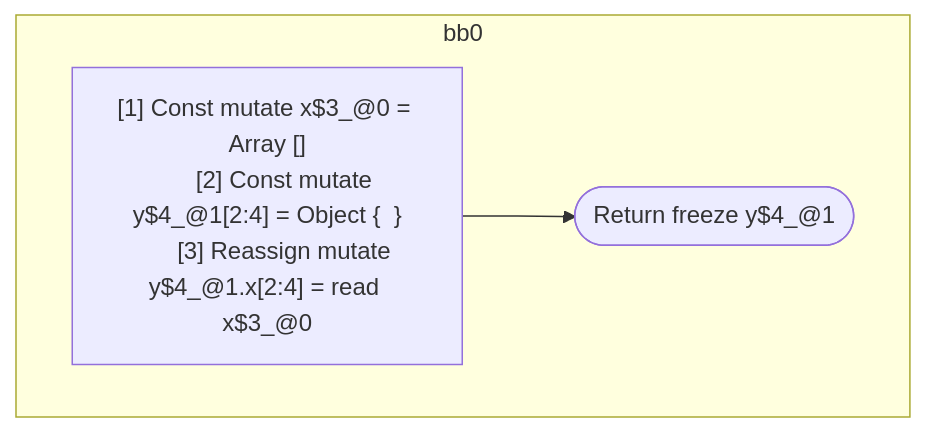
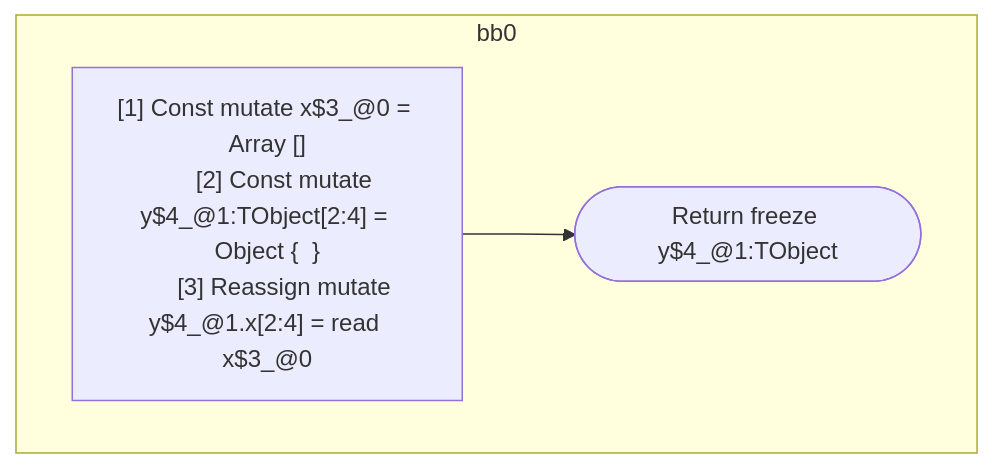
One commit to wutsmog/private changed the diagram in compiler/forget/src/__tests__/fixtures/hir/ssa-property.expect.md. Above: the diagram before and after it, drawn with Mermaid. The commit also changed other lines of this file and 112 other files, not shown here.

````diff
--- a/compiler/forget/src/__tests__/fixtures/hir/ssa-property.expect.md
+++ b/compiler/forget/src/__tests__/fixtures/hir/ssa-property.expect.md
@@ -45,15 +45,15 @@
 ```mermaid
 flowchart TB
   %% Basic Blocks
   subgraph bb0
     bb0_instrs["
       [1] Const mutate x$3_@0 = Array []
-      [2] Const mutate y$4_@1[2:4] = Object {  }
+      [2] Const mutate y$4_@1:TObject[2:4] = Object {  }
       [3] Reassign mutate y$4_@1.x[2:4] = read x$3_@0
     "]
-    bb0_instrs --> bb0_terminal(["Return freeze y$4_@1"])
+    bb0_instrs --> bb0_terminal(["Return freeze y$4_@1:TObject"])
   end
 
   %% Jumps
   %% empty
 ```
````
